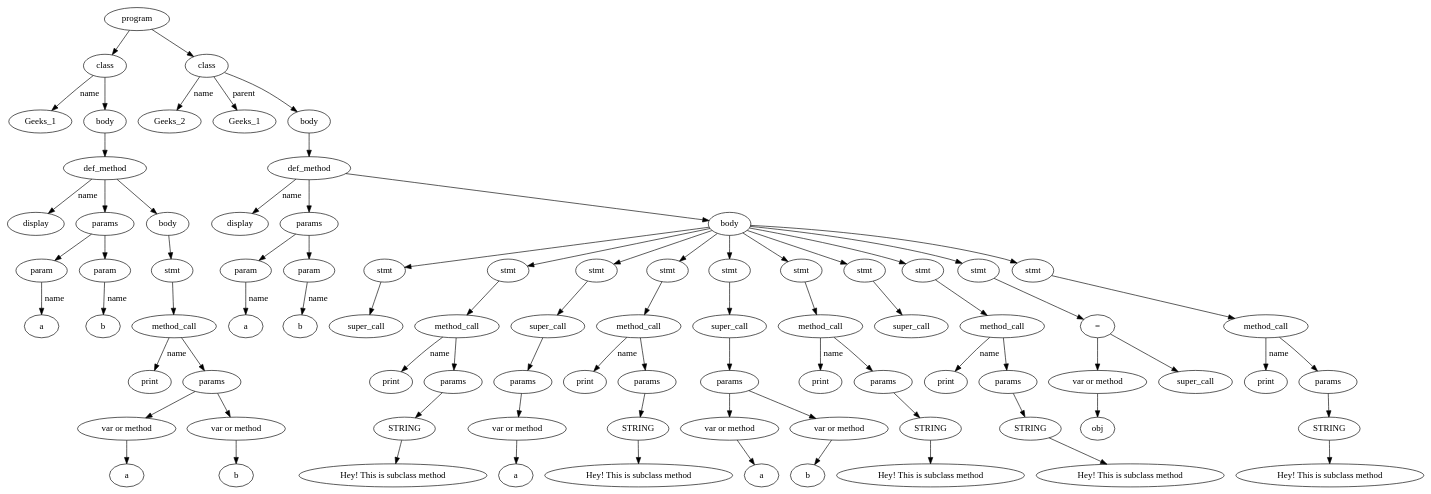
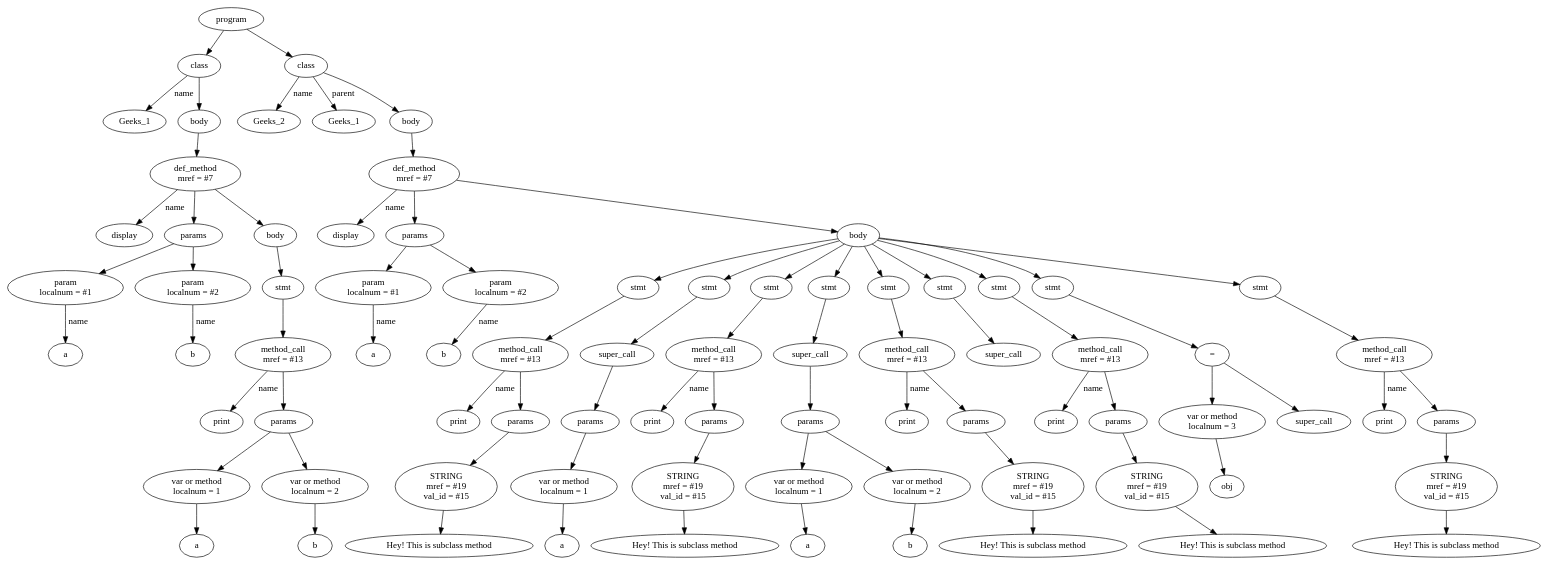
One commit to BlackVisionn/RubyCompiler changed the diagram in Compiler/tree.dot. Above: the diagram before and after it, drawn with Graphviz. The commit also changed 19 other files, not shown here.

```diff
--- a/Compiler/tree.dot
+++ b/Compiler/tree.dot
@@ -1,167 +1,163 @@
 digraph G {
-Id0000000000bf9eb0 [label="program"]
-Id0000000000bf1860 [label="class"]
-IdName0000000000bf1860 [label="Geeks_1"]
-Id0000000000bf1860->IdName0000000000bf1860 [label="name"]
-Id0000000000bf1810 [label="body"]
-Id0000000000bf1860->Id0000000000bf1810
-Id0000000000bf17e0 [label="def_method"]
-IdName0000000000bf17e0 [label="display"]
-Id0000000000bf17e0->IdName0000000000bf17e0 [label = "name"]
-Id0000000000bf15d0 [label="params"]
-Id0000000000bf15b0 [label="param"]
-Id0000000000bf15d0->Id0000000000bf15b0
-IdNameVal0000000000bf15b0 [label="a"]
-Id0000000000bf15b0->IdNameVal0000000000bf15b0 [label="name"]
-Id0000000000bf1610 [label="param"]
-Id0000000000bf15d0->Id0000000000bf1610
-IdNameVal0000000000bf1610 [label="b"]
-Id0000000000bf1610->IdNameVal0000000000bf1610 [label="name"]
-Id0000000000bf17e0->Id0000000000bf15d0
-Id0000000000bf17c0 [label="body"]
-Id0000000000bf1770 [label="stmt"]
-Id0000000000bf1730 [label="method_call"]
-IdMethodNameVal0000000000bf1730 [label="print"]
-Id0000000000bf1730->IdMethodNameVal0000000000bf1730 [label="name"]
-Id0000000000bf16b0 [label="params"]
-Id0000000000bf1730->Id0000000000bf16b0
-Id0000000000bf1670 [label="var or method"]
-IdVal0000000000bf1670 [label="a"]
-Id0000000000bf1670->IdVal0000000000bf1670
-Id0000000000bf16b0->Id0000000000bf1670
-Id0000000000bf16f0 [label="var or method"]
-IdVal0000000000bf16f0 [label="b"]
-Id0000000000bf16f0->IdVal0000000000bf16f0
-Id0000000000bf16b0->Id0000000000bf16f0
-Id0000000000bf1770->Id0000000000bf1730
-Id0000000000bf17c0->Id0000000000bf1770
-Id0000000000bf17e0->Id0000000000bf17c0
-Id0000000000bf1810->Id0000000000bf17e0
-Id0000000000bf9eb0->Id0000000000bf1860
-Id0000000000bfa5c0 [label="class"]
-IdName0000000000bfa5c0 [label="Geeks_2"]
-Id0000000000bfa5c0->IdName0000000000bfa5c0 [label="name"]
-IdParent0000000000bfa5c0 [label="Geeks_1"]
-Id0000000000bfa5c0->IdParent0000000000bfa5c0 [label="parent"]
-Id0000000000bfa540 [label="body"]
-Id0000000000bfa5c0->Id0000000000bfa540
-Id0000000000bfb3a0 [label="def_method"]
-IdName0000000000bfb3a0 [label="display"]
-Id0000000000bfb3a0->IdName0000000000bfb3a0 [label = "name"]
-Id0000000000bf1940 [label="params"]
-Id0000000000bf1920 [label="param"]
-Id0000000000bf1940->Id0000000000bf1920
-IdNameVal0000000000bf1920 [label="a"]
-Id0000000000bf1920->IdNameVal0000000000bf1920 [label="name"]
-Id0000000000bf98e0 [label="param"]
-Id0000000000bf1940->Id0000000000bf98e0
-IdNameVal0000000000bf98e0 [label="b"]
-Id0000000000bf98e0->IdNameVal0000000000bf98e0 [label="name"]
-Id0000000000bfb3a0->Id0000000000bf1940
-Id0000000000bf99b0 [label="body"]
-Id0000000000bf9960 [label="stmt"]
-Id0000000000bf9900 [label="super_call"]
-Id0000000000bf9960->Id0000000000bf9900
-Id0000000000bf99b0->Id0000000000bf9960
-Id0000000000bf9aa0 [label="stmt"]
-Id0000000000bf9a60 [label="method_call"]
-IdMethodNameVal0000000000bf9a60 [label="print"]
-Id0000000000bf9a60->IdMethodNameVal0000000000bf9a60 [label="name"]
-Id0000000000bf9a40 [label="params"]
-Id0000000000bf9a60->Id0000000000bf9a40
-Id0000000000bf9a00 [label="STRING"]
-IdVal0000000000bf9a00 [label="Hey! This is subclass method"]
-Id0000000000bf9a00->IdVal0000000000bf9a00
-Id0000000000bf9a40->Id0000000000bf9a00
-Id0000000000bf9aa0->Id0000000000bf9a60
-Id0000000000bf99b0->Id0000000000bf9aa0
-Id0000000000bf9bd0 [label="stmt"]
-Id0000000000bf9b70 [label="super_call"]
-Id0000000000bf9b50 [label="params"]
-Id0000000000bf9b70->Id0000000000bf9b50
-Id0000000000bf9b10 [label="var or method"]
-IdVal0000000000bf9b10 [label="a"]
-Id0000000000bf9b10->IdVal0000000000bf9b10
-Id0000000000bf9b50->Id0000000000bf9b10
-Id0000000000bf9bd0->Id0000000000bf9b70
-Id0000000000bf99b0->Id0000000000bf9bd0
-Id0000000000bf9cf0 [label="stmt"]
-Id0000000000bf9cb0 [label="method_call"]
-IdMethodNameVal0000000000bf9cb0 [label="print"]
-Id0000000000bf9cb0->IdMethodNameVal0000000000bf9cb0 [label="name"]
-Id0000000000bf9c90 [label="params"]
-Id0000000000bf9cb0->Id0000000000bf9c90
-Id0000000000bf9c50 [label="STRING"]
-IdVal0000000000bf9c50 [label="Hey! This is subclass method"]
-Id0000000000bf9c50->IdVal0000000000bf9c50
-Id0000000000bf9c90->Id0000000000bf9c50
-Id0000000000bf9cf0->Id0000000000bf9cb0
-Id0000000000bf99b0->Id0000000000bf9cf0
-Id0000000000bfa820 [label="stmt"]
-Id0000000000bfa7e0 [label="super_call"]
-Id0000000000bfa620 [label="params"]
-Id0000000000bfa7e0->Id0000000000bfa620
-Id0000000000bfa350 [label="var or method"]
-IdVal0000000000bfa350 [label="a"]
-Id0000000000bfa350->IdVal0000000000bfa350
-Id0000000000bfa620->Id0000000000bfa350
-Id0000000000bfa7a0 [label="var or method"]
-IdVal0000000000bfa7a0 [label="b"]
-Id0000000000bfa7a0->IdVal0000000000bfa7a0
-Id0000000000bfa620->Id0000000000bfa7a0
-Id0000000000bfa820->Id0000000000bfa7e0
-Id0000000000bf99b0->Id0000000000bfa820
-Id0000000000bfa920 [label="stmt"]
-Id0000000000bfa8e0 [label="method_call"]
-IdMethodNameVal0000000000bfa8e0 [label="print"]
-Id0000000000bfa8e0->IdMethodNameVal0000000000bfa8e0 [label="name"]
-Id0000000000bfa440 [label="params"]
-Id0000000000bfa8e0->Id0000000000bfa440
-Id0000000000bfa8a0 [label="STRING"]
-IdVal0000000000bfa8a0 [label="Hey! This is subclass method"]
-Id0000000000bfa8a0->IdVal0000000000bfa8a0
-Id0000000000bfa440->Id0000000000bfa8a0
-Id0000000000bfa920->Id0000000000bfa8e0
-Id0000000000bf99b0->Id0000000000bfa920
-Id0000000000bfa9b0 [label="stmt"]
-Id0000000000bfa970 [label="super_call"]
-Id0000000000bfa9b0->Id0000000000bfa970
-Id0000000000bf99b0->Id0000000000bfa9b0
-Id0000000000bfb280 [label="stmt"]
-Id0000000000bfabc0 [label="method_call"]
-IdMethodNameVal0000000000bfabc0 [label="print"]
-Id0000000000bfabc0->IdMethodNameVal0000000000bfabc0 [label="name"]
-Id0000000000bfa6e0 [label="params"]
-Id0000000000bfabc0->Id0000000000bfa6e0
-Id0000000000bfaa30 [label="STRING"]
-IdVal0000000000bfaa30 [label="Hey! This is subclass method"]
-Id0000000000bfaa30->IdVal0000000000bfaa30
-Id0000000000bfa6e0->Id0000000000bfaa30
-Id0000000000bfb280->Id0000000000bfabc0
-Id0000000000bf99b0->Id0000000000bfb280
-Id0000000000bfb2d0 [label="stmt"]
-Id0000000000bfb040 [label="="]
-Id0000000000bfb1c0 [label="var or method"]
-IdVal0000000000bfb1c0 [label="obj"]
-Id0000000000bfb1c0->IdVal0000000000bfb1c0
-Id0000000000bfb200 [label="super_call"]
-Id0000000000bfb040->Id0000000000bfb1c0
-Id0000000000bfb040->Id0000000000bfb200
-Id0000000000bfb2d0->Id0000000000bfb040
-Id0000000000bf99b0->Id0000000000bfb2d0
-Id0000000000bfb350 [label="stmt"]
-Id0000000000bfb100 [label="method_call"]
-IdMethodNameVal0000000000bfb100 [label="print"]
-Id0000000000bfb100->IdMethodNameVal0000000000bfb100 [label="name"]
-Id0000000000bfa640 [label="params"]
-Id0000000000bfb100->Id0000000000bfa640
-Id0000000000bfac00 [label="STRING"]
-IdVal0000000000bfac00 [label="Hey! This is subclass method"]
-Id0000000000bfac00->IdVal0000000000bfac00
-Id0000000000bfa640->Id0000000000bfac00
-Id0000000000bfb350->Id0000000000bfb100
-Id0000000000bf99b0->Id0000000000bfb350
-Id0000000000bfb3a0->Id0000000000bf99b0
-Id0000000000bfa540->Id0000000000bfb3a0
-Id0000000000bf9eb0->Id0000000000bfa5c0
+Id00000000009b28d0 [label="program"]
+Id00000000001c1920 [label="class"]
+IdName00000000001c1920 [label="Geeks_1"]
+Id00000000001c1920->IdName00000000001c1920 [label="name"]
+Id00000000001c18d0 [label="body"]
+Id00000000001c1920->Id00000000001c18d0
+Id00000000001c18a0 [label="def_method\n mref = #7"]
+IdName00000000001c18a0 [label="display"]
+Id00000000001c18a0->IdName00000000001c18a0 [label = "name"]
+Id00000000001c1620 [label="params"]
+Id00000000001c15f0 [label="param\n localnum = #1"]
+Id00000000001c1620->Id00000000001c15f0
+IdNameVal00000000001c15f0 [label="a"]
+Id00000000001c15f0->IdNameVal00000000001c15f0 [label="name"]
+Id00000000001c1660 [label="param\n localnum = #2"]
+Id00000000001c1620->Id00000000001c1660
+IdNameVal00000000001c1660 [label="b"]
+Id00000000001c1660->IdNameVal00000000001c1660 [label="name"]
+Id00000000001c18a0->Id00000000001c1620
+Id00000000001c1880 [label="body"]
+Id00000000001c1830 [label="stmt"]
+Id00000000001c17d0 [label="method_call\n mref = #13"]
+IdMethodNameVal00000000001c17d0 [label="print"]
+Id00000000001c17d0->IdMethodNameVal00000000001c17d0 [label="name"]
+Id00000000001c1730 [label="params"]
+Id00000000001c17d0->Id00000000001c1730
+Id00000000001c16d0 [label="var or method\n localnum = 1"]
+IdVal00000000001c16d0 [label="a"]
+Id00000000001c16d0->IdVal00000000001c16d0
+Id00000000001c1730->Id00000000001c16d0
+Id00000000001c1770 [label="var or method\n localnum = 2"]
+IdVal00000000001c1770 [label="b"]
+Id00000000001c1770->IdVal00000000001c1770
+Id00000000001c1730->Id00000000001c1770
+Id00000000001c1830->Id00000000001c17d0
+Id00000000001c1880->Id00000000001c1830
+Id00000000001c18a0->Id00000000001c1880
+Id00000000001c18d0->Id00000000001c18a0
+Id00000000009b28d0->Id00000000001c1920
+Id00000000009b3d40 [label="class"]
+IdName00000000009b3d40 [label="Geeks_2"]
+Id00000000009b3d40->IdName00000000009b3d40 [label="name"]
+IdParent00000000009b3d40 [label="Geeks_1"]
+Id00000000009b3d40->IdParent00000000009b3d40 [label="parent"]
+Id00000000009b3b80 [label="body"]
+Id00000000009b3d40->Id00000000009b3b80
+Id00000000009b3f50 [label="def_method\n mref = #7"]
+IdName00000000009b3f50 [label="display"]
+Id00000000009b3f50->IdName00000000009b3f50 [label = "name"]
+Id00000000001c1a10 [label="params"]
+Id00000000001c19e0 [label="param\n localnum = #1"]
+Id00000000001c1a10->Id00000000001c19e0
+IdNameVal00000000001c19e0 [label="a"]
+Id00000000001c19e0->IdNameVal00000000001c19e0 [label="name"]
+Id00000000001c1a50 [label="param\n localnum = #2"]
+Id00000000001c1a10->Id00000000001c1a50
+IdNameVal00000000001c1a50 [label="b"]
+Id00000000001c1a50->IdNameVal00000000001c1a50 [label="name"]
+Id00000000009b3f50->Id00000000001c1a10
+Id00000000001c1bb0 [label="body"]
+Id00000000009b2490 [label="stmt"]
+Id00000000001c1b50 [label="method_call\n mref = #13"]
+IdMethodNameVal00000000001c1b50 [label="print"]
+Id00000000001c1b50->IdMethodNameVal00000000001c1b50 [label="name"]
+Id00000000001c1b30 [label="params"]
+Id00000000001c1b50->Id00000000001c1b30
+Id00000000001c1ad0 [label="STRING\n mref = #19\n val_id = #15"]
+IdVal00000000001c1ad0 [label="Hey! This is subclass method"]
+Id00000000001c1ad0->IdVal00000000001c1ad0
+Id00000000001c1b30->Id00000000001c1ad0
+Id00000000009b2490->Id00000000001c1b50
+Id00000000001c1bb0->Id00000000009b2490
+Id00000000009b2600 [label="stmt"]
+Id00000000009b2580 [label="super_call"]
+Id00000000009b2560 [label="params"]
+Id00000000009b2580->Id00000000009b2560
+Id00000000009b2500 [label="var or method\n localnum = 1"]
+IdVal00000000009b2500 [label="a"]
+Id00000000009b2500->IdVal00000000009b2500
+Id00000000009b2560->Id00000000009b2500
+Id00000000009b2600->Id00000000009b2580
+Id00000000001c1bb0->Id00000000009b2600
+Id00000000009b2760 [label="stmt"]
+Id00000000009b2700 [label="method_call\n mref = #13"]
+IdMethodNameVal00000000009b2700 [label="print"]
+Id00000000009b2700->IdMethodNameVal00000000009b2700 [label="name"]
+Id00000000009b26e0 [label="params"]
+Id00000000009b2700->Id00000000009b26e0
+Id00000000009b2680 [label="STRING\n mref = #19\n val_id = #15"]
+IdVal00000000009b2680 [label="Hey! This is subclass method"]
+Id00000000009b2680->IdVal00000000009b2680
+Id00000000009b26e0->Id00000000009b2680
+Id00000000009b2760->Id00000000009b2700
+Id00000000001c1bb0->Id00000000009b2760
+Id00000000009b2f00 [label="stmt"]
+Id00000000009b2ea0 [label="super_call"]
+Id00000000009b2e20 [label="params"]
+Id00000000009b2ea0->Id00000000009b2e20
+Id00000000009b2dc0 [label="var or method\n localnum = 1"]
+IdVal00000000009b2dc0 [label="a"]
+Id00000000009b2dc0->IdVal00000000009b2dc0
+Id00000000009b2e20->Id00000000009b2dc0
+Id00000000009b2e40 [label="var or method\n localnum = 2"]
+IdVal00000000009b2e40 [label="b"]
+Id00000000009b2e40->IdVal00000000009b2e40
+Id00000000009b2e20->Id00000000009b2e40
+Id00000000009b2f00->Id00000000009b2ea0
+Id00000000001c1bb0->Id00000000009b2f00
+Id00000000009b3060 [label="stmt"]
+Id00000000009b3000 [label="method_call\n mref = #13"]
+IdMethodNameVal00000000009b3000 [label="print"]
+Id00000000009b3000->IdMethodNameVal00000000009b3000 [label="name"]
+Id00000000009b2fe0 [label="params"]
+Id00000000009b3000->Id00000000009b2fe0
+Id00000000009b2f80 [label="STRING\n mref = #19\n val_id = #15"]
+IdVal00000000009b2f80 [label="Hey! This is subclass method"]
+Id00000000009b2f80->IdVal00000000009b2f80
+Id00000000009b2fe0->Id00000000009b2f80
+Id00000000009b3060->Id00000000009b3000
+Id00000000001c1bb0->Id00000000009b3060
+Id00000000009b3110 [label="stmt"]
+Id00000000009b30b0 [label="super_call"]
+Id00000000009b3110->Id00000000009b30b0
+Id00000000001c1bb0->Id00000000009b3110
+Id00000000009b3a20 [label="stmt"]
+Id00000000009b3980 [label="method_call\n mref = #13"]
+IdMethodNameVal00000000009b3980 [label="print"]
+Id00000000009b3980->IdMethodNameVal00000000009b3980 [label="name"]
+Id00000000009b31f0 [label="params"]
+Id00000000009b3980->Id00000000009b31f0
+Id00000000009b3190 [label="STRING\n mref = #19\n val_id = #15"]
+IdVal00000000009b3190 [label="Hey! This is subclass method"]
+Id00000000009b3190->IdVal00000000009b3190
+Id00000000009b31f0->Id00000000009b3190
+Id00000000009b3a20->Id00000000009b3980
+Id00000000001c1bb0->Id00000000009b3a20
+Id00000000009b3a70 [label="stmt"]
+Id00000000009b3380 [label="="]
+Id00000000009b3260 [label="var or method\n localnum = 3"]
+IdVal00000000009b3260 [label="obj"]
+Id00000000009b3260->IdVal00000000009b3260
+Id00000000009b35c0 [label="super_call"]
+Id00000000009b3380->Id00000000009b3260
+Id00000000009b3380->Id00000000009b35c0
+Id00000000009b3a70->Id00000000009b3380
+Id00000000001c1bb0->Id00000000009b3a70
+Id00000000009b3f00 [label="stmt"]
+Id00000000009b3620 [label="method_call\n mref = #13"]
+IdMethodNameVal00000000009b3620 [label="print"]
+Id00000000009b3620->IdMethodNameVal00000000009b3620 [label="name"]
+Id00000000009b3cc0 [label="params"]
+Id00000000009b3620->Id00000000009b3cc0
+Id00000000009b38c0 [label="STRING\n mref = #19\n val_id = #15"]
+IdVal00000000009b38c0 [label="Hey! This is subclass method"]
+Id00000000009b38c0->IdVal00000000009b38c0
+Id00000000009b3cc0->Id00000000009b38c0
+Id00000000009b3f00->Id00000000009b3620
+Id00000000001c1bb0->Id00000000009b3f00
+Id00000000009b3f50->Id00000000001c1bb0
+Id00000000009b3b80->Id00000000009b3f50
+Id00000000009b28d0->Id00000000009b3d40
 }
```
